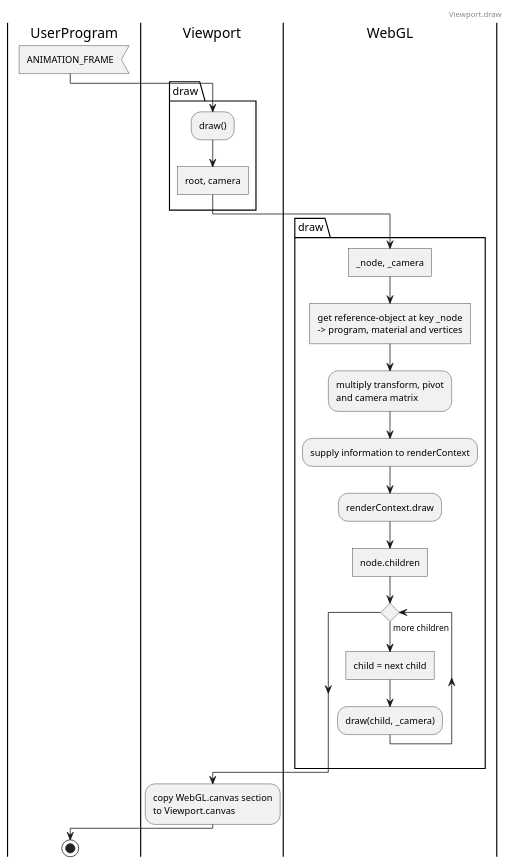
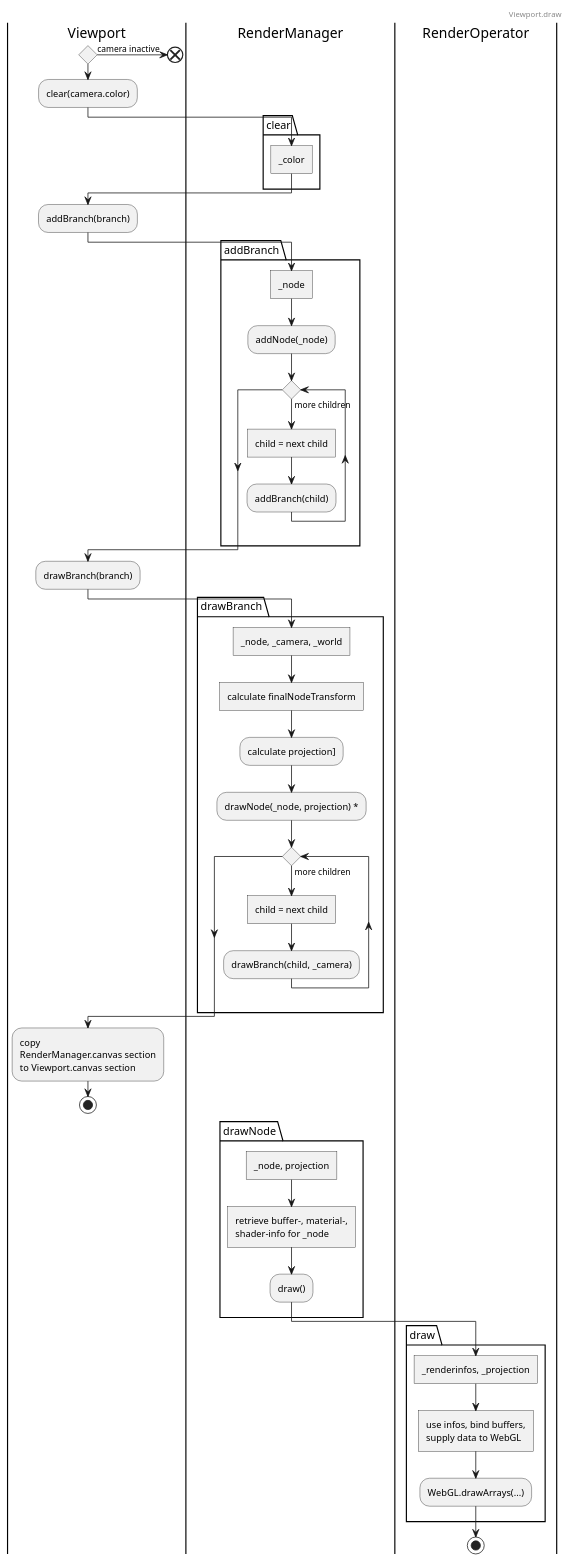
Before and after one commit to JirkaDellOro/FUDGE: the diagram in Design/WebGL_Proposal_Viewport.puml, drawn with PlantUML. The commit also changed 26 other files, not shown here.

```diff
--- a/Design/WebGL_Proposal_Viewport.puml
+++ b/Design/WebGL_Proposal_Viewport.puml
@@ -1,37 +1,65 @@
 @startuml Viewport.draw
 skinparam monochrome true
 skinparam shadowing false
 header
     Viewport.draw
 endheader
-|UserProgram|
 |Viewport|
-|WebGL|
-|UserProgram|
-:ANIMATION_FRAME<
+|RenderManager|
+|RenderOperator|
 |Viewport|
-package draw {
-    :draw();
-    :root, camera]
+if () then (camera inactive)
+    end
+else
+    :clear(camera.color);
+endif
+|RenderManager|
+package clear {
+    :_color]
 }
-|WebGL|
-package draw {
-    :_node, _camera]
-    :get reference-object at key _node
-    -> program, material and vertices]
-    :multiply transform, pivot
-    and camera matrix;
-    :supply information to renderContext;
-    :renderContext.draw;
-    :node.children]
+|Viewport|
+:addBranch(branch);
+|RenderManager|
+package addBranch {
+    :_node]
+    :addNode(_node);
     while () is (more children)
         :child = next child]
-        :draw(child, _camera);
+        :addBranch(child);
     endwhile
 }
 |Viewport|
-:copy WebGL.canvas section
-to Viewport.canvas;
-|UserProgram|
+:drawBranch(branch);
+|RenderManager|
+package drawBranch {
+    :_node, _camera, _world]
+    :calculate finalNodeTransform]
+    :calculate projection];
+    :drawNode(_node, projection) *;
+    |RenderManager|
+    while () is (more children)
+        :child = next child]
+        :drawBranch(child, _camera);
+    endwhile
+}
+|Viewport|
+:copy
+RenderManager.canvas section
+to Viewport.canvas section;
+stop
+|RenderManager|
+package drawNode {
+    :_node, projection]
+    :retrieve buffer-, material-, 
+    shader-info for _node]
+    :draw();
+}
+|RenderOperator|
+package draw {
+    :_renderinfos, _projection]
+    :use infos, bind buffers,
+    supply data to WebGL]
+    :WebGL.drawArrays(...);
+}
 stop
 @enduml
```
